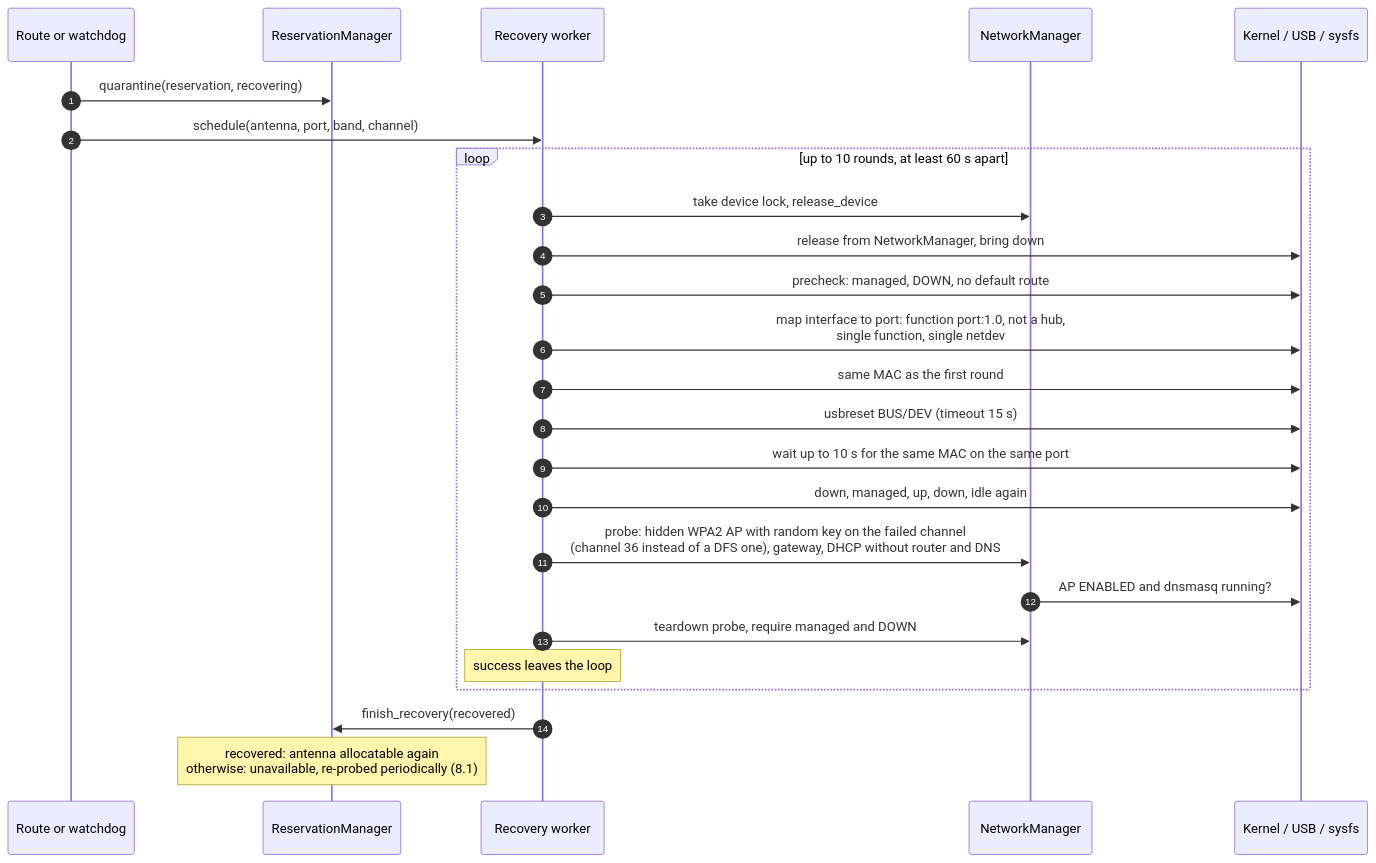
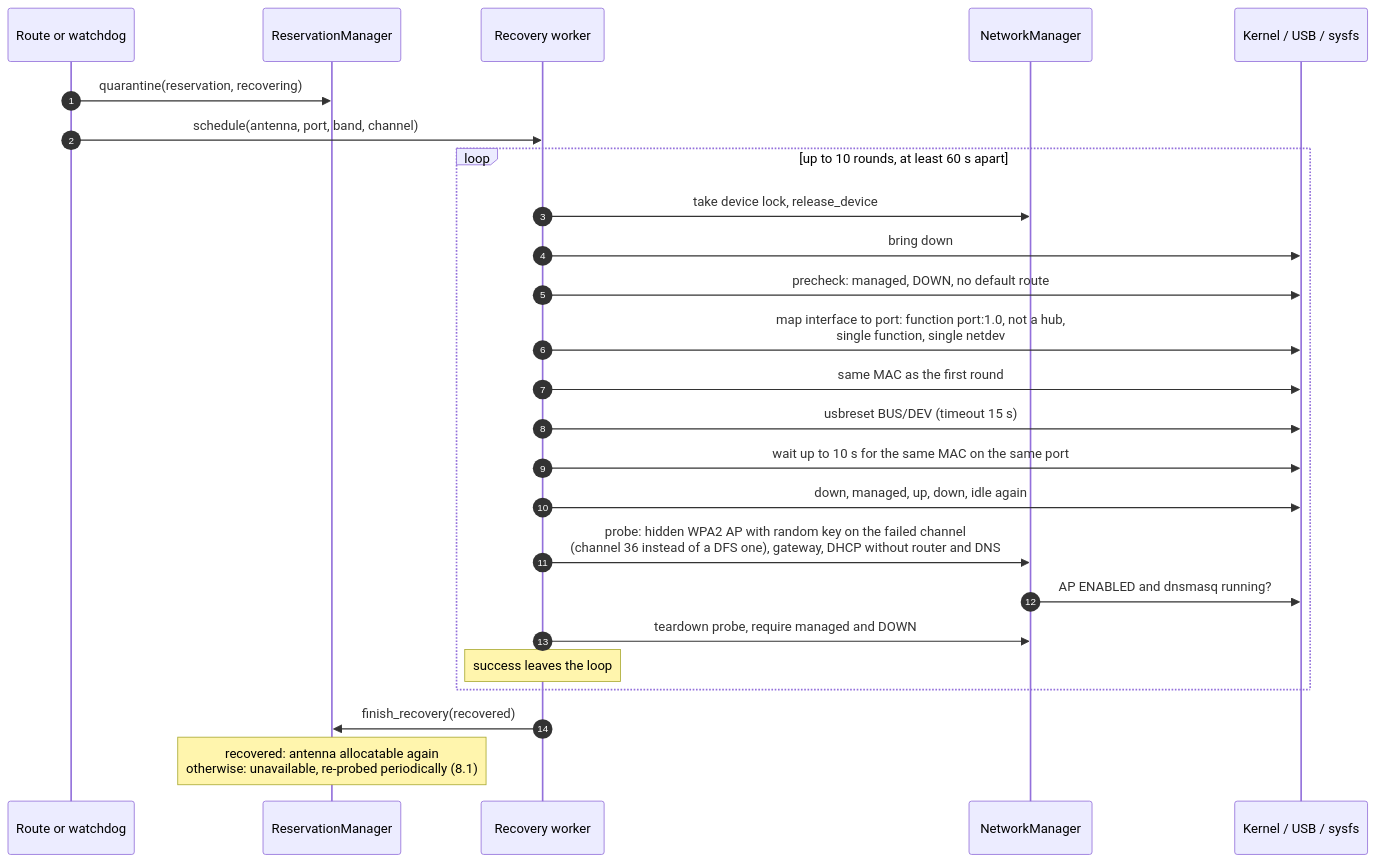
Diagram 13 of 15 in docs/architecture.md (caporalesimone/wi-lab), drawn with Mermaid before and after one commit. The commit also changed other lines of this file and 13 other files, not shown here.

First line of the commit message:
refactor(host): Wi-Lab no longer talks to NetworkManager (NM-1)

````diff
--- a/docs/architecture.md
+++ b/docs/architecture.md
@@ -960,28 +959,28 @@
 ```mermaid
 sequenceDiagram
     autonumber
     participant RT as Route or watchdog
     participant RM as ReservationManager
     participant WK as Recovery worker
     participant NM as NetworkManager
     participant K as Kernel / USB / sysfs
 
     RT->>RM: quarantine(reservation, recovering)
     RT->>WK: schedule(antenna, port, band, channel)
     loop up to 10 rounds, at least 60 s apart
         WK->>NM: take device lock, release_device
-        WK->>K: release from NetworkManager, bring down
+        WK->>K: bring down
         WK->>K: precheck: managed, DOWN, no default route
         WK->>K: map interface to port: function port:1.0, not a hub,<br/>single function, single netdev
         WK->>K: same MAC as the first round
         WK->>K: usbreset BUS/DEV (timeout 15 s)
         WK->>K: wait up to 10 s for the same MAC on the same port
         WK->>K: down, managed, up, down, idle again
         WK->>NM: probe: hidden WPA2 AP with random key on the failed channel<br/>(channel 36 instead of a DFS one), gateway, DHCP without router and DNS
         NM->>K: AP ENABLED and dnsmasq running?
         WK->>NM: teardown probe, require managed and DOWN
         Note over WK: success leaves the loop
     end
     WK->>RM: finish_recovery(recovered)
     Note over RM: recovered: antenna allocatable again<br/>otherwise: unavailable, re-probed periodically (8.1)
 ```
````
